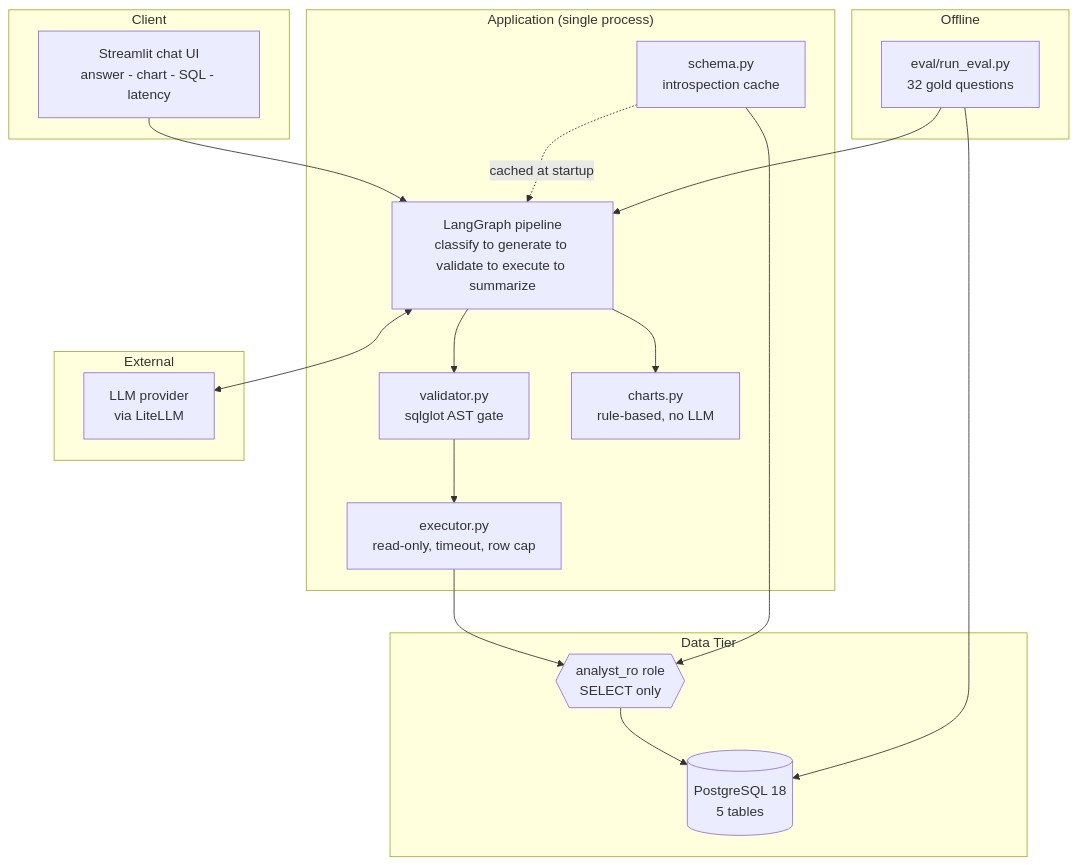
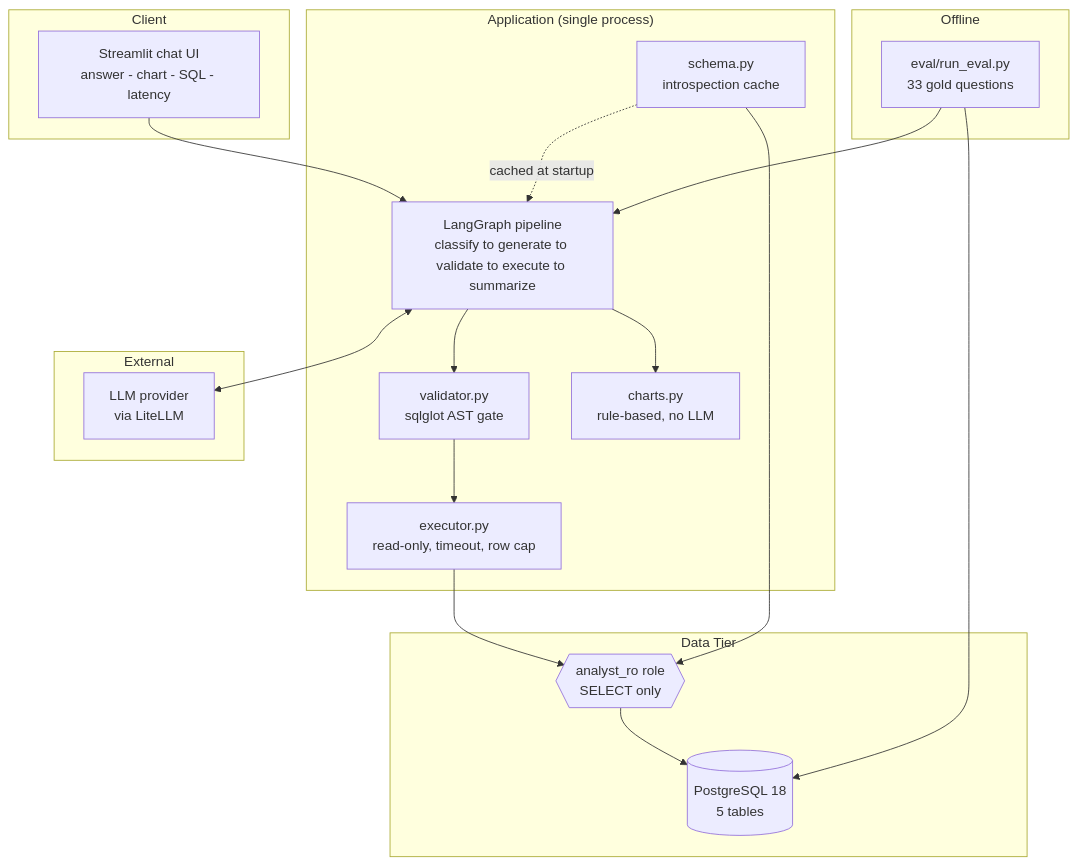
Before and after one commit to insafim/conversational-data-analyst: the first of 4 diagrams in docs/ARCHITECTURE.md, drawn with Mermaid. The commit also changed other lines of this file and 10 other files, not shown here.

````diff
--- a/docs/ARCHITECTURE.md
+++ b/docs/ARCHITECTURE.md
@@ -129,39 +129,39 @@
 ```mermaid
 flowchart TB
     subgraph Client["Client"]
         UI["Streamlit chat UI<br/>answer - chart - SQL - latency"]
     end
 
     subgraph App["Application (single process)"]
         GRAPH["LangGraph pipeline<br/>classify to generate to validate to execute to summarize"]
         VAL["validator.py<br/>sqlglot AST gate"]
         EXEC["executor.py<br/>read-only, timeout, row cap"]
         CHART["charts.py<br/>rule-based, no LLM"]
         SCHEMA["schema.py<br/>introspection cache"]
     end
 
     subgraph Data["Data Tier"]
         RO{{"analyst_ro role<br/>SELECT only"}}
         PG[("PostgreSQL 18<br/>5 tables")]
     end
 
     subgraph External["External"]
         LLM["LLM provider<br/>via LiteLLM"]
     end
 
     subgraph Offline["Offline"]
-        EVAL["eval/run_eval.py<br/>32 gold questions"]
+        EVAL["eval/run_eval.py<br/>33 gold questions"]
     end
 
     UI --> GRAPH
     GRAPH --> VAL
     VAL --> EXEC
     EXEC --> RO
     RO --> PG
     GRAPH --> CHART
     SCHEMA -. cached at startup .-> GRAPH
     SCHEMA --> RO
     GRAPH <--> LLM
     EVAL --> GRAPH
     EVAL --> PG
 ```
````
